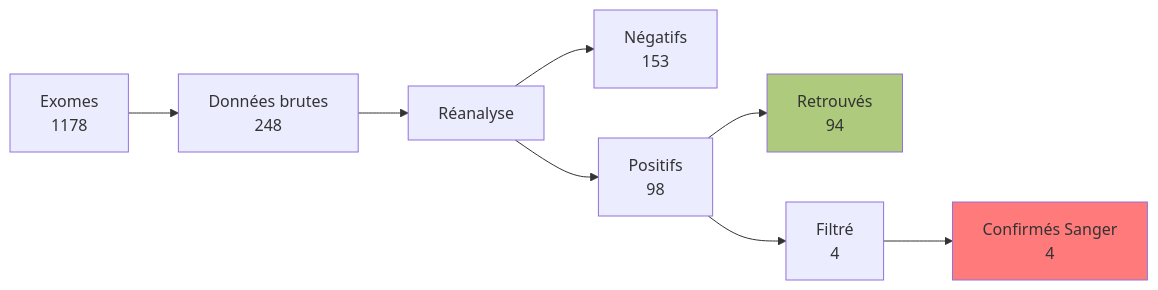
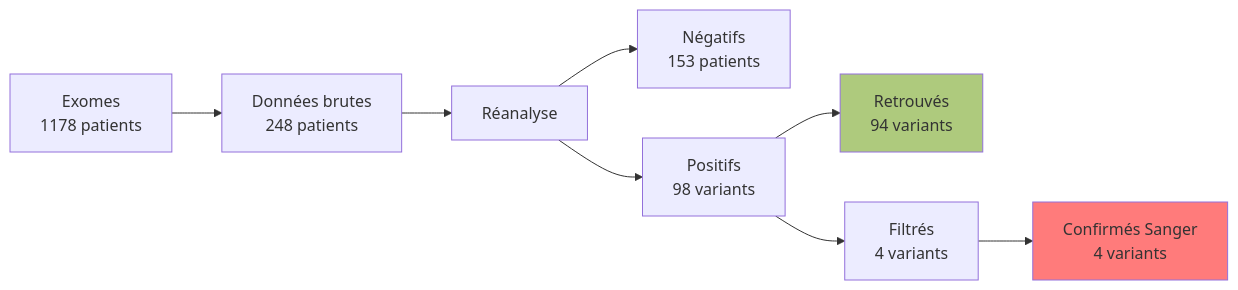
Before and after one commit to apraga/notes: the second of 2 diagrams in slides/bisonex.md, drawn with Mermaid. The commit also changed other lines of this file and 154 other files, not shown here.

````diff
--- a/slides/bisonex.md
+++ b/slides/bisonex.md
@@ -331,9 +334,9 @@
 ```mermaid
 flowchart LR
-  A[Exomes \n 1178] --> B[Données brutes \n 248]
-  B --> C[Réanalyse] --> D1[Négatifs \n 153] & D[Positifs \n 98]
-  D --> E[Retrouvés \n 94] & F[Filtré \n 4] 
-  F --> G[Confirmés Sanger \n 4]
+  A[Exomes \n 1178 patients] --> B[Données brutes \n 248 patients]
+  B --> C[Réanalyse] --> D1[Négatifs \n 153 patients] & D[Positifs \n 98 variants]
+  D --> E[Retrouvés \n 94 variants] & F[Filtrés \n 4 variants] 
+  F --> G[Confirmés Sanger \n 4 variants]
   style G fill:#ff7b7b
   style E fill:#aeca7d
 ```
````
